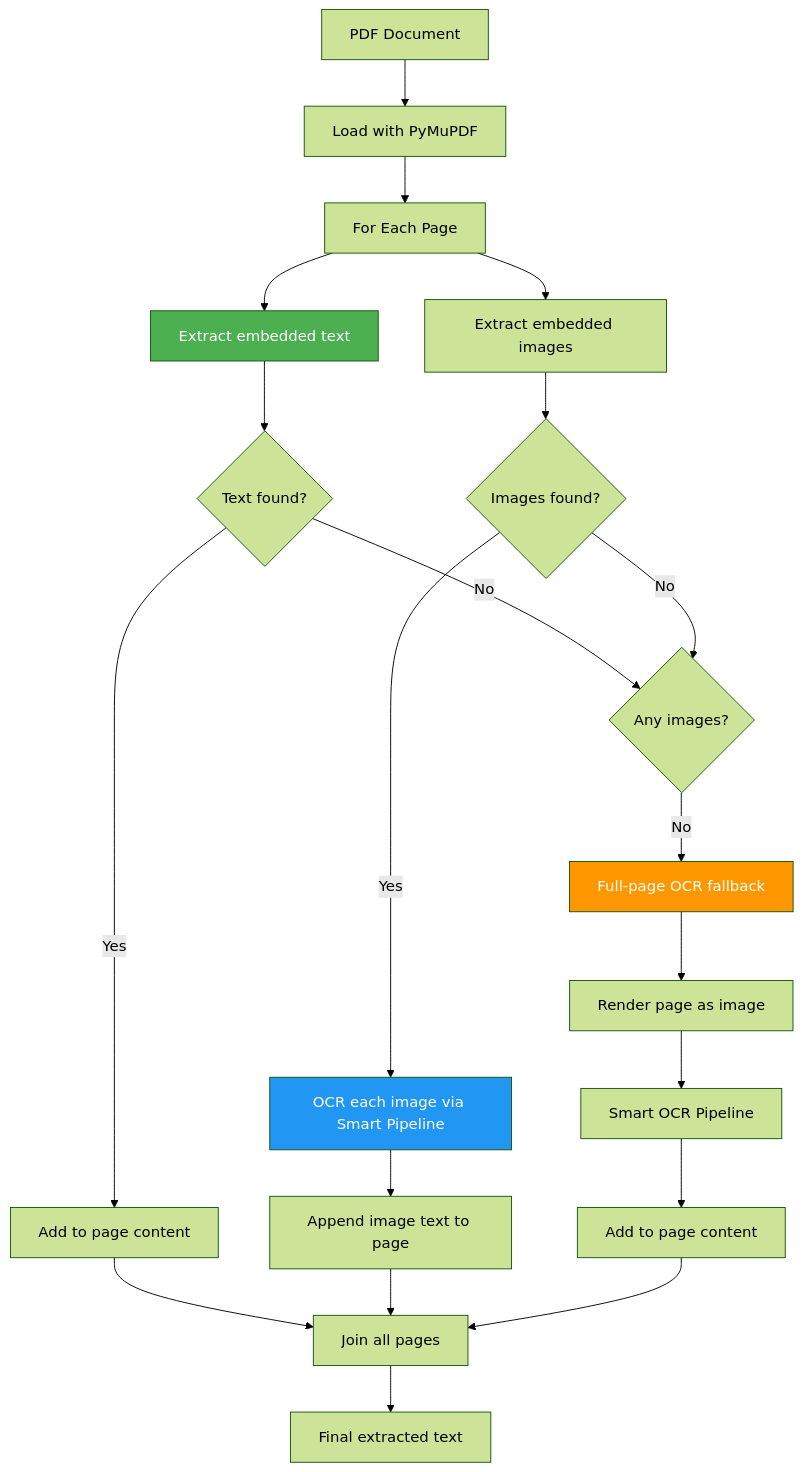
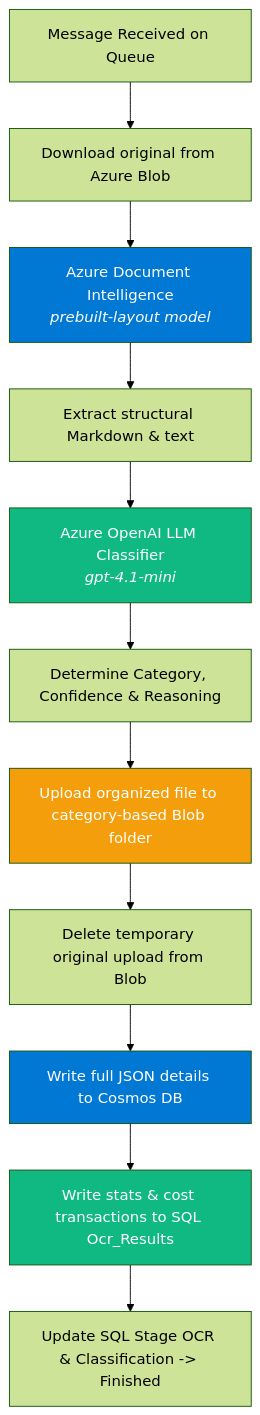
Before and after one commit to NassaQ/docs: the second of 2 diagrams in docs/guides/ocr-pipelines.md, drawn with Mermaid (forest theme). The commit also changed other lines of this file and 9 other files, not shown here.

````diff
--- a/docs/guides/ocr-pipelines.md
+++ b/docs/guides/ocr-pipelines.md
@@ -101,30 +62,19 @@
 ```mermaid
 flowchart TD
-    A[PDF Document] --> B[Load with PyMuPDF]
-    B --> C[For Each Page]
-    
-    C --> D[Extract embedded text]
-    D --> E{Text found?}
-    E -->|Yes| F[Add to page content]
-    
-    C --> G[Extract embedded images]
-    G --> H{Images found?}
-    H -->|Yes| I[OCR each image via Smart Pipeline]
-    I --> J[Append image text to page]
-    
-    E -->|No| K{Any images?}
-    H -->|No| K
-    K -->|No| L[Full-page OCR fallback]
-    L --> M[Render page as image]
-    M --> N[Smart OCR Pipeline]
-    N --> O[Add to page content]
-    
-    F --> P[Join all pages]
-    J --> P
-    O --> P
-    P --> Q[Final extracted text]
-    
-    style D fill:#4CAF50,color:#fff
-    style I fill:#2196F3,color:#fff
-    style L fill:#FF9800,color:#fff
+    A[Message Received on Queue] --> B[Download original from Azure Blob]
+    B --> C["Azure Document Intelligence<br/><i>prebuilt-layout model</i>"]
+    C --> D[Extract structural Markdown & text]
+    D --> E["Azure OpenAI LLM Classifier<br/><i>gpt-4.1-mini</i>"]
+    E --> F[Determine Category, Confidence & Reasoning]
+    F --> G[Upload organized file to category-based Blob folder]
+    G --> H[Delete temporary original upload from Blob]
+    H --> I[Write full JSON details to Cosmos DB]
+    I --> J[Write stats & cost transactions to SQL Ocr_Results]
+    J --> K[Update SQL Stage OCR & Classification -> Finished]
+
+    style C fill:#0078d4,color:#fff
+    style E fill:#10b981,color:#fff
+    style G fill:#f59e0b,color:#fff
+    style I fill:#0078d4,color:#fff
+    style J fill:#10b981,color:#fff
 ```
````
